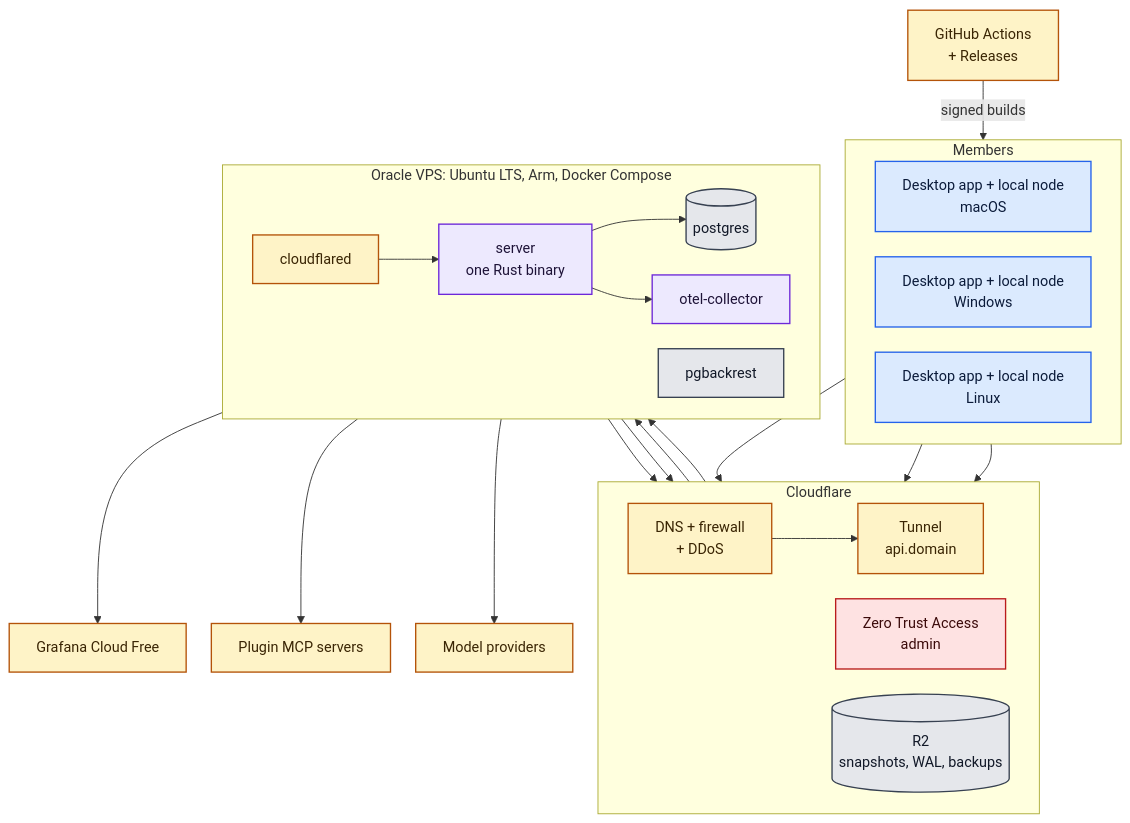
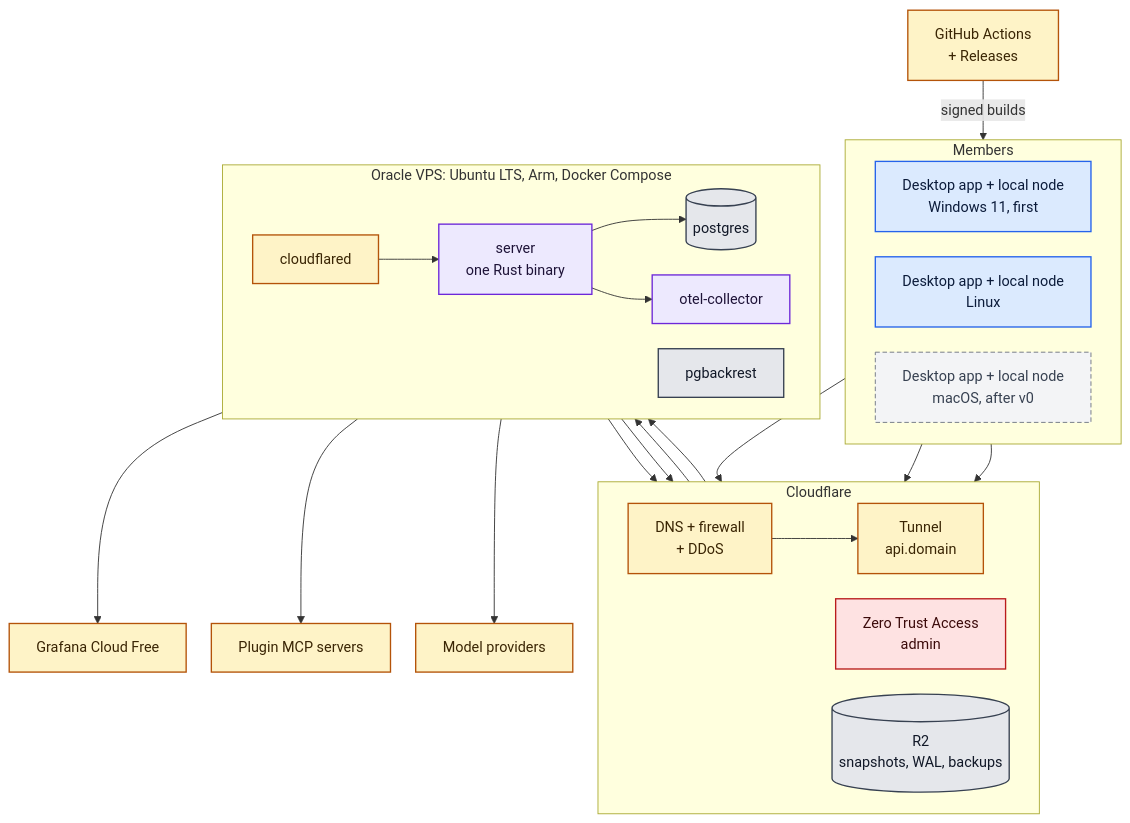
One commit to SiddharthManjul/library changed diagram 29 of 30 in README.md. Above: the diagram before and after it, drawn with Mermaid. The commit also changed other lines of this file and 15 other files, not shown here.

````diff
--- a/README.md
+++ b/README.md
@@ -1869,46 +1924,46 @@
 ```mermaid
 %%{init: {"flowchart": {"curve": "basis", "nodeSpacing": 28, "rankSpacing": 42}}}%%
 flowchart TB
   subgraph USERS["Members"]
     direction LR
-    D1["Desktop app + local node<br/>macOS"]:::app
-    D2["Desktop app + local node<br/>Windows"]:::app
-    D3["Desktop app + local node<br/>Linux"]:::app
+    D1["Desktop app + local node<br/>Windows 11, first"]:::app
+    D2["Desktop app + local node<br/>Linux"]:::app
+    D3["Desktop app + local node<br/>macOS, after v0"]:::later
   end
   subgraph CF["Cloudflare"]
     direction LR
     DNS["DNS + firewall<br/>+ DDoS"]:::ext
     TUN["Tunnel<br/>api.domain"]:::ext
     ZT["Zero Trust Access<br/>admin"]:::sec
     R2[("R2<br/>snapshots, WAL, backups")]:::store
   end
   subgraph VPS["Oracle VPS: Ubuntu LTS, Arm, Docker Compose"]
     direction LR
     CFD["cloudflared"]:::ext
     SRV["server<br/>one Rust binary"]:::srv
     PG[("postgres")]:::store
     OTL["otel-collector"]:::srv
     PGB["pgbackrest"]:::store
   end
   GRAF["Grafana Cloud Free"]:::ext
   GHA["GitHub Actions<br/>+ Releases"]:::ext
   PLUG["Plugin MCP servers"]:::ext
   LLM["Model providers"]:::ext
   D1 & D2 & D3 --> DNS --> TUN --> CFD --> SRV
   ZT --> CFD
   SRV --> PG
   PGB --> R2
   SRV --> R2
   SRV --> OTL --> GRAF
   SRV --> PLUG
   SRV --> LLM
   GHA -->|signed builds| USERS
   classDef app fill:#dbeafe,stroke:#2563eb,color:#0b1b3a,stroke-width:1.5px
   classDef srv fill:#ede9fe,stroke:#6d28d9,color:#1e1338,stroke-width:1.5px
   classDef brain fill:#dcfce7,stroke:#15803d,color:#0b2a16,stroke-width:1.5px
   classDef store fill:#e5e7eb,stroke:#374151,color:#111827,stroke-width:1.5px
   classDef sec fill:#fee2e2,stroke:#b91c1c,color:#3b0a0a,stroke-width:1.5px
   classDef ext fill:#fef3c7,stroke:#b45309,color:#3a2504,stroke-width:1.5px
   classDef later fill:#f3f4f6,stroke:#6b7280,color:#374151,stroke-dasharray:5 3
   classDef gate fill:#ffffff,stroke:#111827,color:#111827,stroke-width:2px
 ```
````
